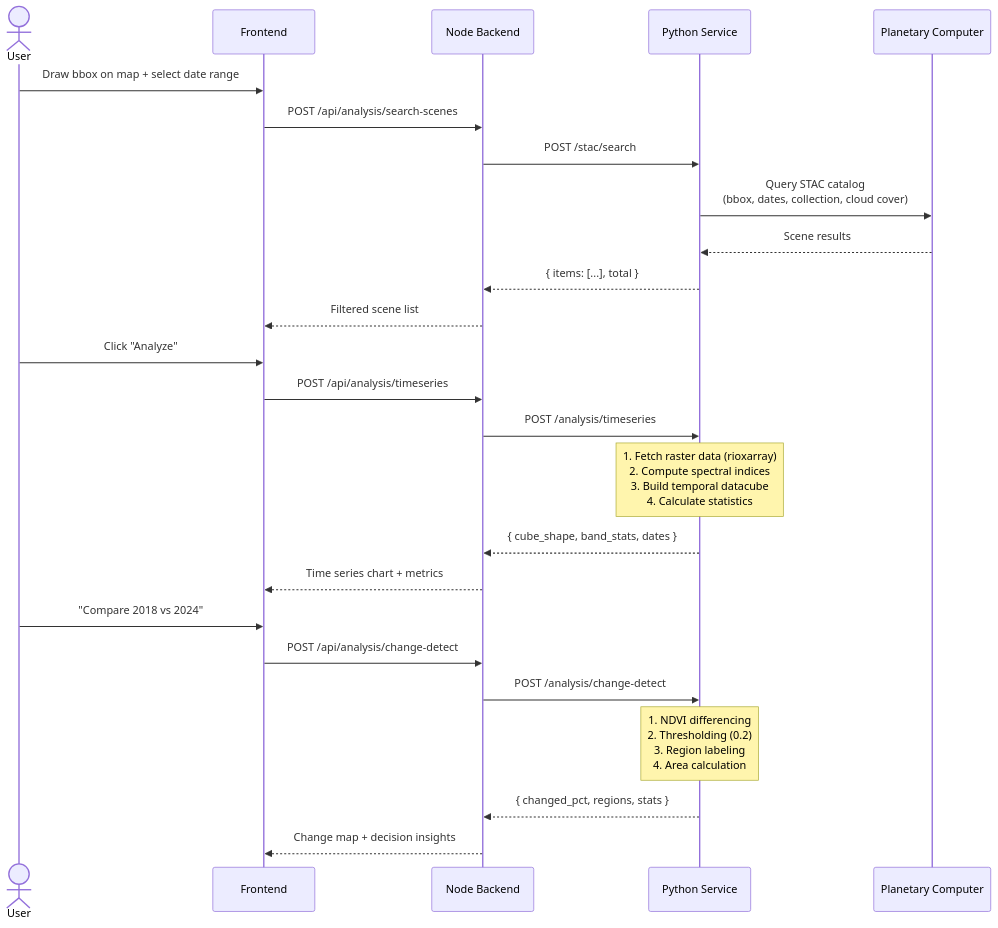
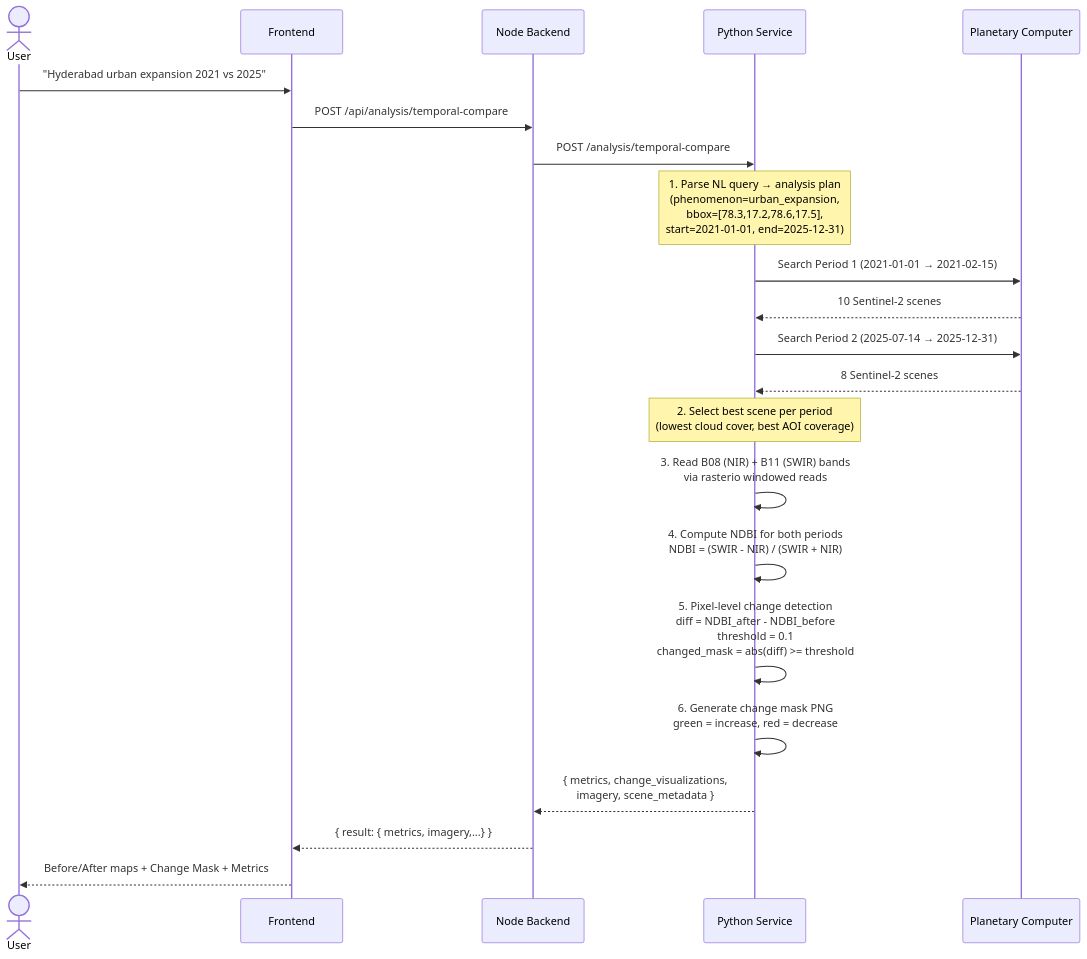
The second of 3 diagrams in README.md (saatvikraghuvanshi-lab/OrbitalQuery), drawn with Mermaid before and after one commit. The commit also changed other lines of this file, not shown here.

First line of the commit message:
Update README with analysis pipeline, change detection, and new tools

````diff
--- a/README.md
+++ b/README.md
@@ -582,36 +426,33 @@
 ```mermaid
 sequenceDiagram
     actor User
     participant FE as Frontend
     participant BE as Node Backend
     participant PY as Python Service
     participant STAC as Planetary Computer
 
-    User->>FE: Draw bbox on map + select date range
-    FE->>BE: POST /api/analysis/search-scenes
-    BE->>PY: POST /stac/search
+    User->>FE: "Hyderabad urban expansion 2021 vs 2025"
+    FE->>BE: POST /api/analysis/temporal-compare
+    BE->>PY: POST /analysis/temporal-compare
 
-    PY->>STAC: Query STAC catalog<br/>(bbox, dates, collection, cloud cover)
-    STAC-->>PY: Scene results
+    Note over PY: 1. Parse NL query → analysis plan<br/>   (phenomenon=urban_expansion,<br/>    bbox=[78.3,17.2,78.6,17.5],<br/>    start=2021-01-01, end=2025-12-31)
 
-    PY-->>BE: { items: [...], total }
-    BE-->>FE: Filtered scene list
+    PY->>STAC: Search Period 1 (2021-01-01 → 2021-02-15)
+    STAC-->>PY: 10 Sentinel-2 scenes
+    PY->>STAC: Search Period 2 (2025-07-14 → 2025-12-31)
+    STAC-->>PY: 8 Sentinel-2 scenes
 
-    User->>FE: Click "Analyze"
-    FE->>BE: POST /api/analysis/timeseries
-    BE->>PY: POST /analysis/timeseries
+    Note over PY: 2. Select best scene per period<br/>   (lowest cloud cover, best AOI coverage)
 
-    Note over PY: 1. Fetch raster data (rioxarray)<br/>2. Compute spectral indices<br/>3. Build temporal datacube<br/>4. Calculate statistics
+    PY->>PY: 3. Read B08 (NIR) + B11 (SWIR) bands<br/>   via rasterio windowed reads
 
-    PY-->>BE: { cube_shape, band_stats, dates }
-    BE-->>FE: Time series chart + metrics
+    PY->>PY: 4. Compute NDBI for both periods<br/>   NDBI = (SWIR - NIR) / (SWIR + NIR)
 
-    User->>FE: "Compare 2018 vs 2024"
-    FE->>BE: POST /api/analysis/change-detect
-    BE->>PY: POST /analysis/change-detect
+    PY->>PY: 5. Pixel-level change detection<br/>   diff = NDBI_after - NDBI_before<br/>   threshold = 0.1<br/>   changed_mask = abs(diff) >= threshold
 
-    Note over PY: 1. NDVI differencing<br/>2. Thresholding (0.2)<br/>3. Region labeling<br/>4. Area calculation
+    PY->>PY: 6. Generate change mask PNG<br/>   green = increase, red = decrease
 
-    PY-->>BE: { changed_pct, regions, stats }
-    BE-->>FE: Change map + decision insights
+    PY-->>BE: { metrics, change_visualizations,<br/>  imagery, scene_metadata }
+    BE-->>FE: { result: { metrics, imagery,...} }
+    FE-->>User: Before/After maps + Change Mask + Metrics
 ```
````
